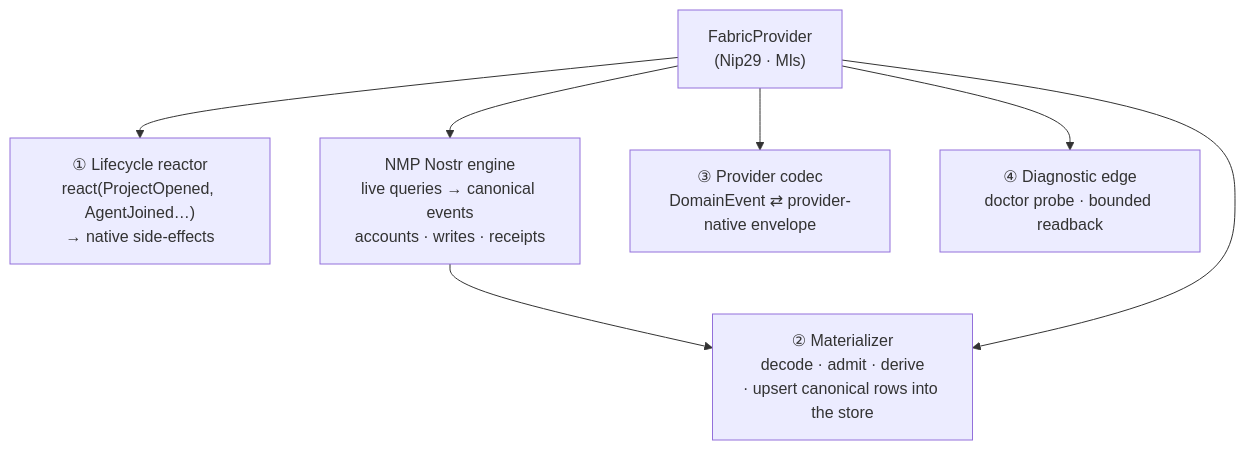
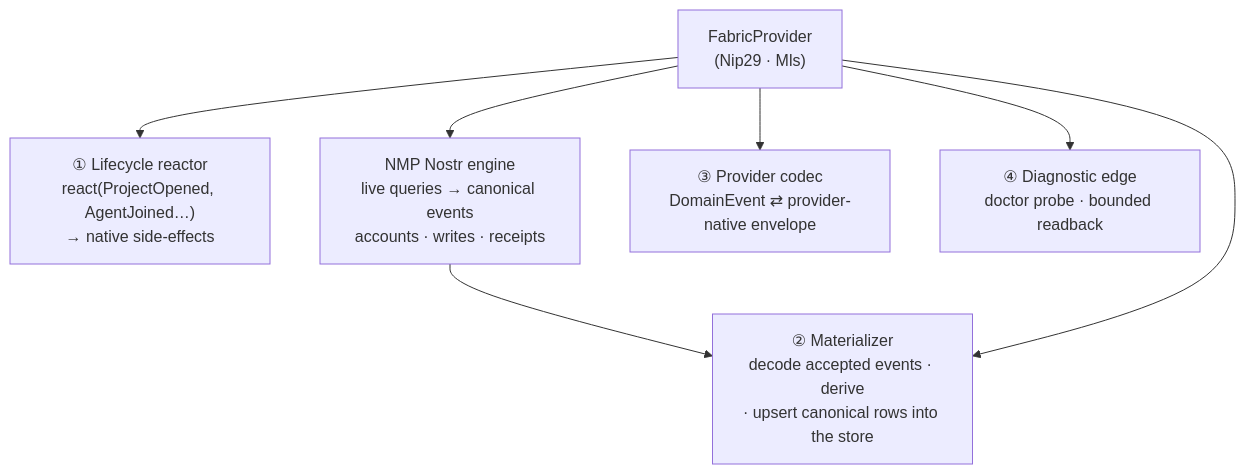
The fourth of 6 diagrams in docs/fabric-architecture.md (pablof7z/mosaico), drawn with Mermaid before and after one commit. The commit also changed other lines of this file and 38 other files, not shown here.

````diff
--- a/docs/fabric-architecture.md
+++ b/docs/fabric-architecture.md
@@ -289,10 +289,10 @@
 ```mermaid
 flowchart TD
     PROVIDER["FabricProvider<br/>(Nip29 · Mls)"]
     PROVIDER --> L["① Lifecycle reactor<br/>react(ProjectOpened, AgentJoined…)<br/>→ native side-effects"]
     NMP["NMP Nostr engine<br/>live queries → canonical events<br/>accounts · writes · receipts"] --> M
-    PROVIDER --> M["② Materializer<br/>decode · admit · derive<br/>· upsert canonical rows into the store"]
+    PROVIDER --> M["② Materializer<br/>decode accepted events · derive<br/>· upsert canonical rows into the store"]
     PROVIDER --> W["③ Provider codec<br/>DomainEvent ⇄ provider-native envelope"]
     PROVIDER --> D["④ Diagnostic edge<br/>doctor probe · bounded readback"]
     PROVIDER --> NMP
 ```
````
